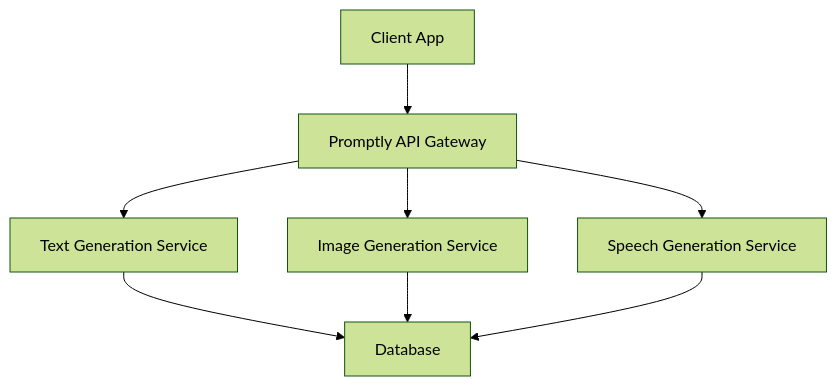
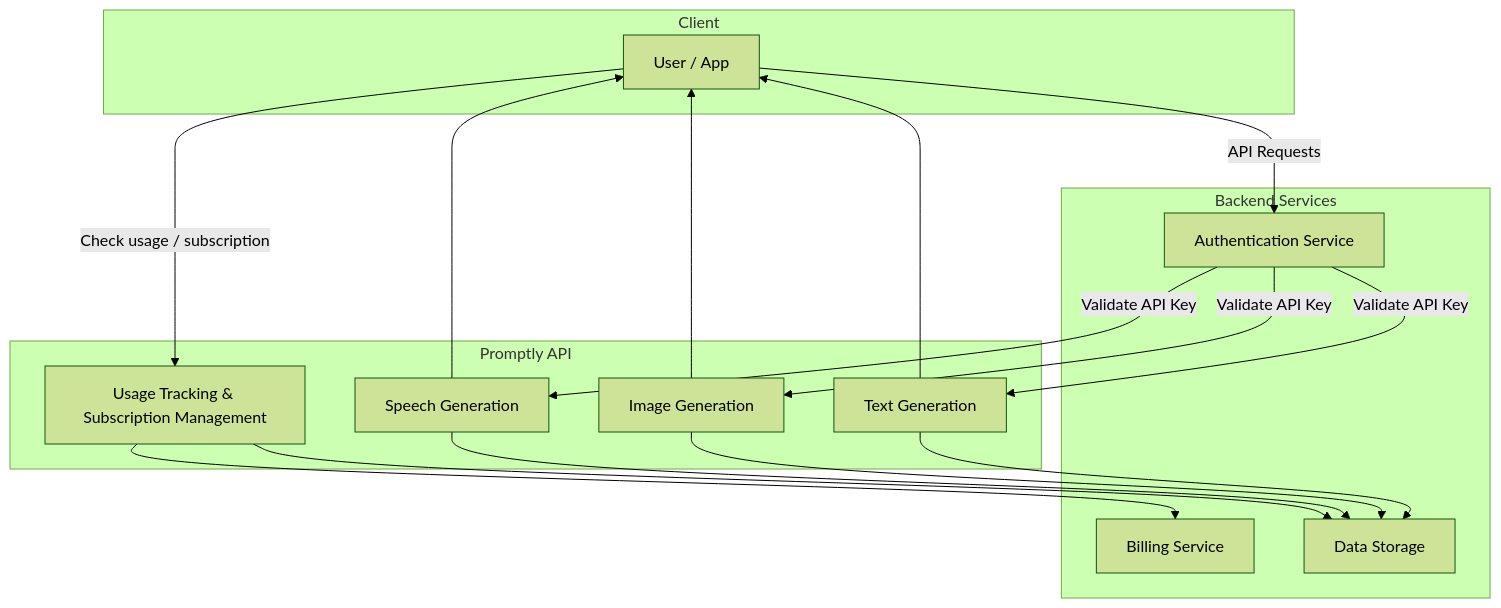
One commit to bicep/promptly-api-docs changed the first of 2 diagrams in docs/index.md. Above: the diagram before and after it, drawn with Mermaid (forest theme). The commit also changed other lines of this file and 1 other file, not shown here.

Commit message:
Fixed mermaid diagram bug

````diff
--- a/docs/index.md
+++ b/docs/index.md
@@ -23,10 +23,33 @@
 ```mermaid
-graph TD
-A[Client App] --> B[Promptly API Gateway]
-B --> C[Text Generation Service]
-B --> D[Image Generation Service]
-B --> E[Speech Generation Service]
-C --> F[Database]
-D --> F[Database]
-E --> F[Database]
+flowchart TD
+    subgraph Client
+        A[User / App]
+    end
+
+    subgraph Promptly API
+        B[Text Generation]
+        C[Image Generation]
+        D[Speech Generation]
+        E[Usage Tracking & Subscription Management]
+    end
+
+    subgraph Backend Services
+        F[Authentication Service]
+        G[Billing Service]
+        H[Data Storage]
+    end
+
+    A -->|API Requests| F
+    F -->|Validate API Key| B
+    F -->|Validate API Key| C
+    F -->|Validate API Key| D
+    B --> H
+    C --> H
+    D --> H
+    B --> A
+    C --> A
+    D --> A
+    A -->|Check usage / subscription| E
+    E --> G
+    E --> H
 ```
````
